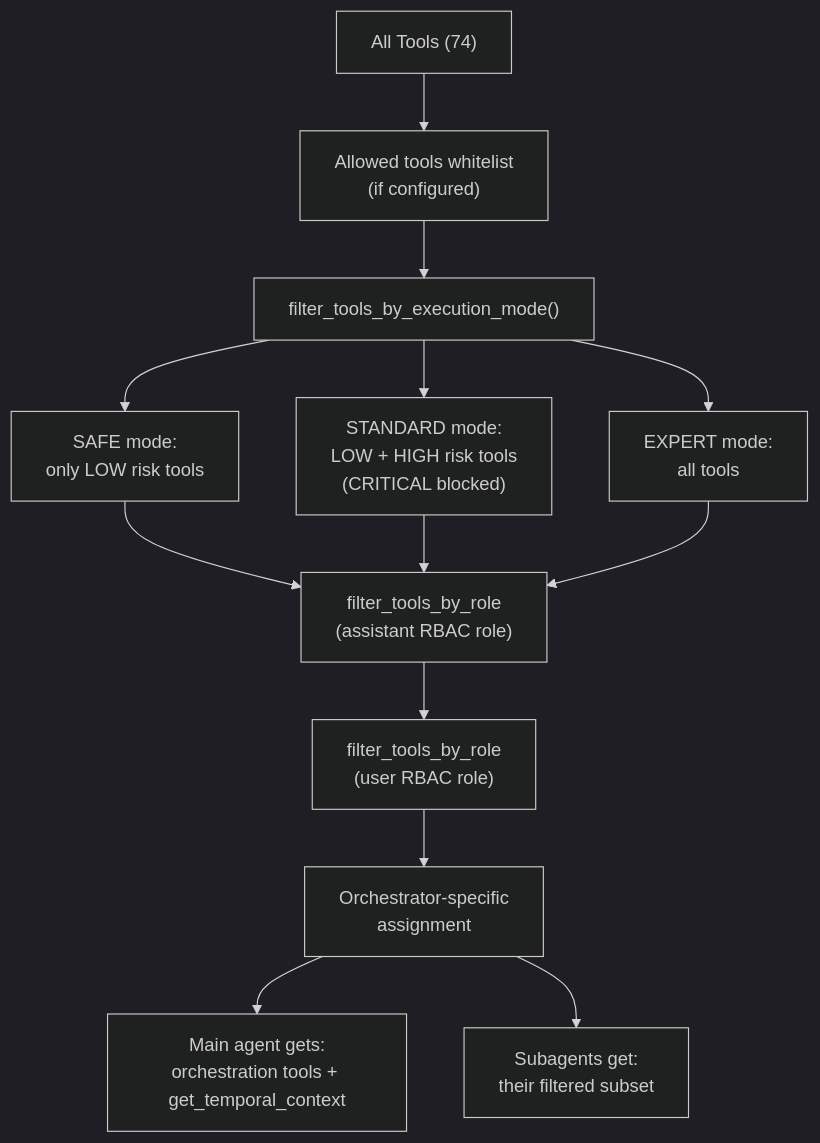
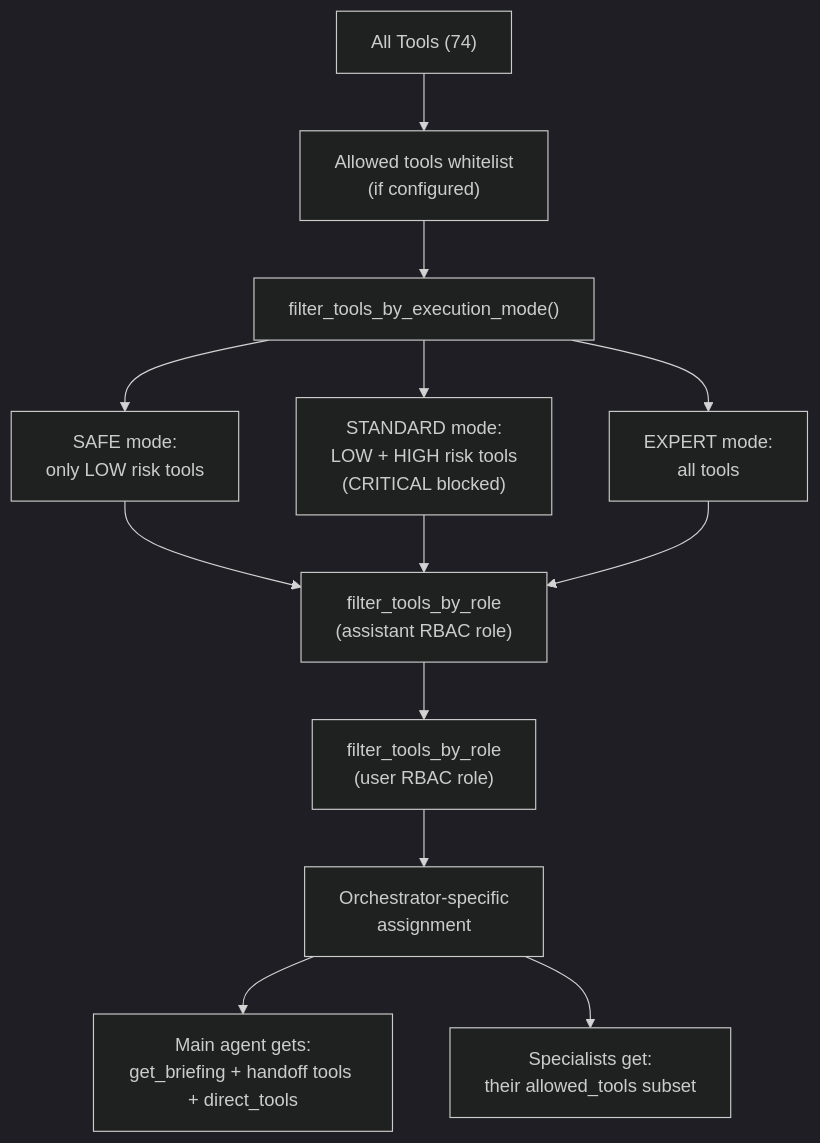
Before and after one commit to ogghst/backcast: the second of 4 diagrams in docs/02-architecture/ai/agent-common-concepts.md, drawn with Mermaid (dark theme). The commit also changed other lines of this file and 223 other files, not shown here.

First line of the commit message:
feat: unified AI agent configuration — DB-configurable specialists + admin UI

````diff
--- a/docs/02-architecture/ai/agent-common-concepts.md
+++ b/docs/02-architecture/ai/agent-common-concepts.md
@@ -272,16 +269,16 @@
 ```mermaid
 flowchart TD
     All["All Tools (74)"]
     All --> AT["Allowed tools whitelist\n(if configured)"]
     AT --> EM["filter_tools_by_execution_mode()"]
     EM --> SAFE["SAFE mode:\nonly LOW risk tools"]
     EM --> STD["STANDARD mode:\nLOW + HIGH risk tools\n(CRITICAL blocked)"]
     EM --> EXP["EXPERT mode:\nall tools"]
     SAFE --> AR["filter_tools_by_role\n(assistant RBAC role)"]
     STD --> AR
     EXP --> AR
     AR --> UR["filter_tools_by_role\n(user RBAC role)"]
     UR --> SA["Orchestrator-specific\nassignment"]
-    SA --> MA["Main agent gets:\norchestration tools + get_temporal_context"]
-    SA --> SUB["Subagents get:\ntheir filtered subset"]
+    SA --> MA["Main agent gets:\nget_briefing + handoff tools + direct_tools"]
+    SA --> SUB["Specialists get:\ntheir allowed_tools subset"]
 ```
````
